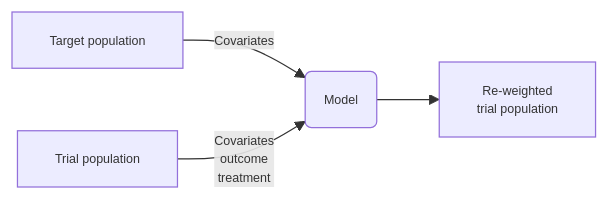
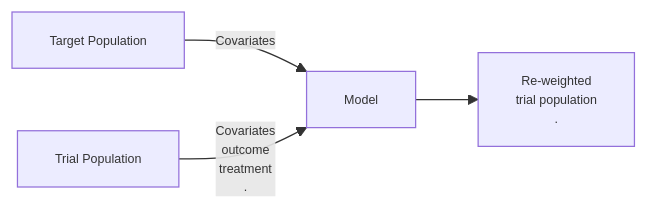
One commit to IgnaLeiva/Transportability changed the first of 2 diagrams in present.qmd. Above: the diagram before and after it, drawn with Mermaid. The commit also changed other lines of this file and 2 other files, not shown here.

````diff
--- a/present.qmd
+++ b/present.qmd
@@ -346,10 +347,10 @@
 ```{mermaid}
-%%| fig-width: 10
+%%| fig-width: 15
 %%{init: {'themeVariables': { 'primaryColor': '#ff0000',"fontSize": "10px"}}}%%
         graph LR
-          A[Target population] -->|Covariates| C(Model)
-          B[Trial population] -->|Covariates <br>outcome <br> treatment| C(Model)
-          C --> D[Re-weighted <br> trial population]
+          A["Target Population #32;"] -->|"Covariates #32;"| C["Model #32;"]
+          B["Trial Population #32;"] -->|"Covariates <br> outcome <br> treatment #32;" <br>.| C["Model #32;"]
+          C --> D["Re-weighted <br> trial population #32;" <br>.]
           
 
 ```
````
